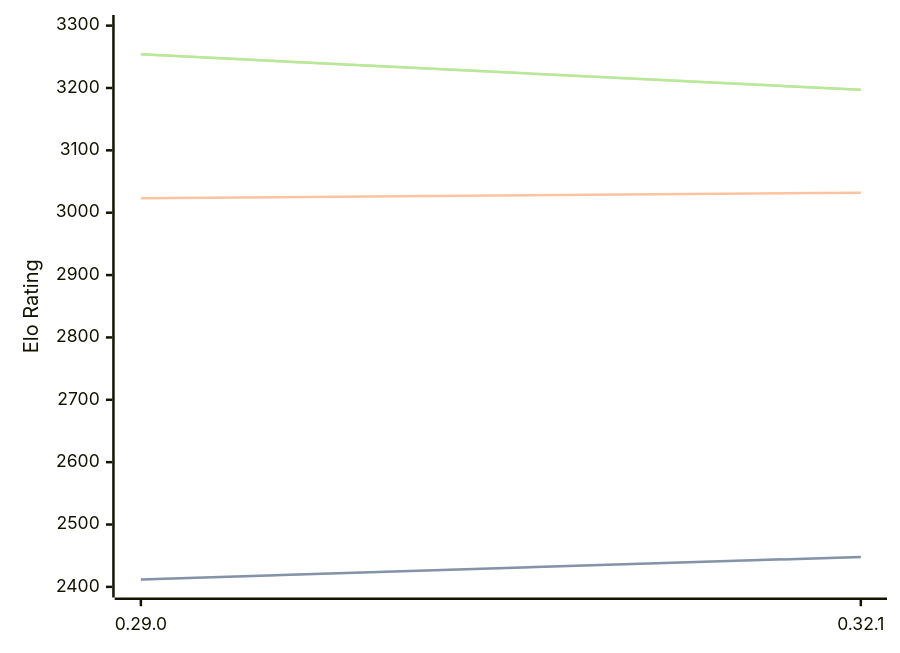
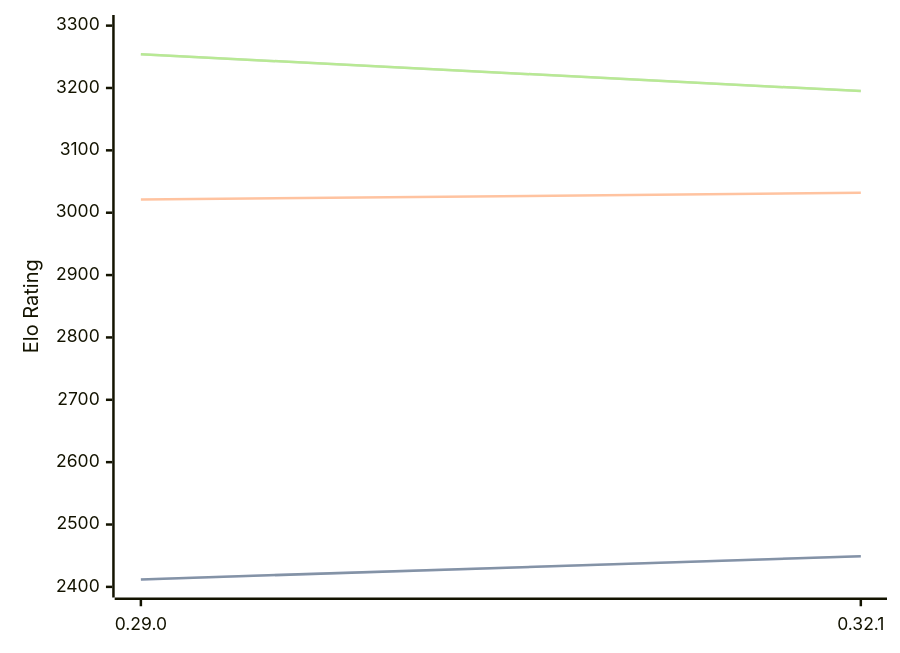
Before and after one commit to computer-chess-index/cci: the diagram in engines/Lc0.md, drawn with Mermaid. The commit also changed other lines of this file, not shown here.

Commit message:
Update CCI Ratings (ELO VLTC) - 2026-04-04

````diff
--- a/engines/Lc0.md
+++ b/engines/Lc0.md
@@ -68,11 +68,11 @@
 ```mermaid
 %%{init: {"theme":"base","themeVariables":{"seriesColors:['#a3a3a3','#222221','#faa371']}}}%%
 xychart-beta
   x-axis ["0.29.0", "0.32.1"]
   y-axis "Elo Rating" 2400 --> 3300
-  line "STC (8.0+0.08s)" [2412, 2448]
-  line "STC (8.0+0.08s)" [2412, 2448]
-  line "LTC (60.0+0.60s)" [3023, 3032]
-  line "VLTC (2m24s+1.12s)" [3254, 3197]
-  line "VLTC (2m24s+1.12s)" [3254, 3197]
+  line "STC (8.0+0.08s)" [2412, 2449]
+  line "STC (8.0+0.08s)" [2412, 2449]
+  line "LTC (60.0+0.60s)" [3021, 3032]
+  line "VLTC (2m24s+1.12s)" [3254, 3195]
+  line "VLTC (2m24s+1.12s)" [3254, 3195]
 ```
````
